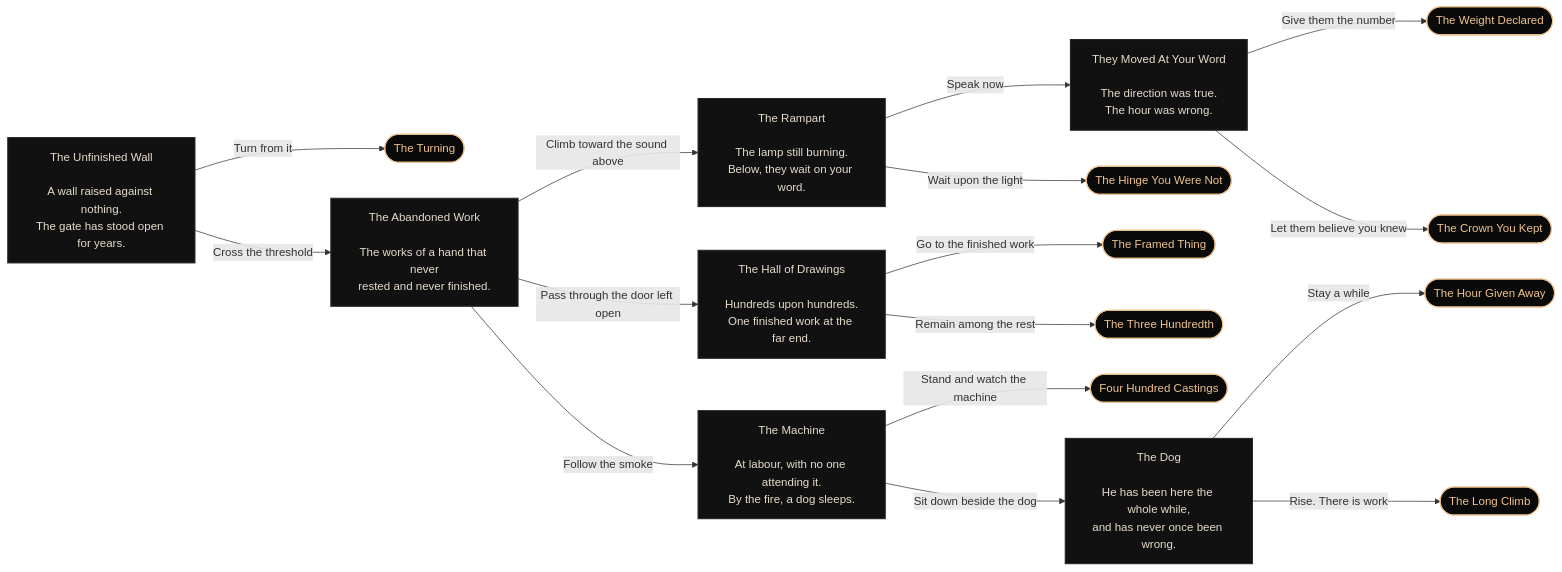
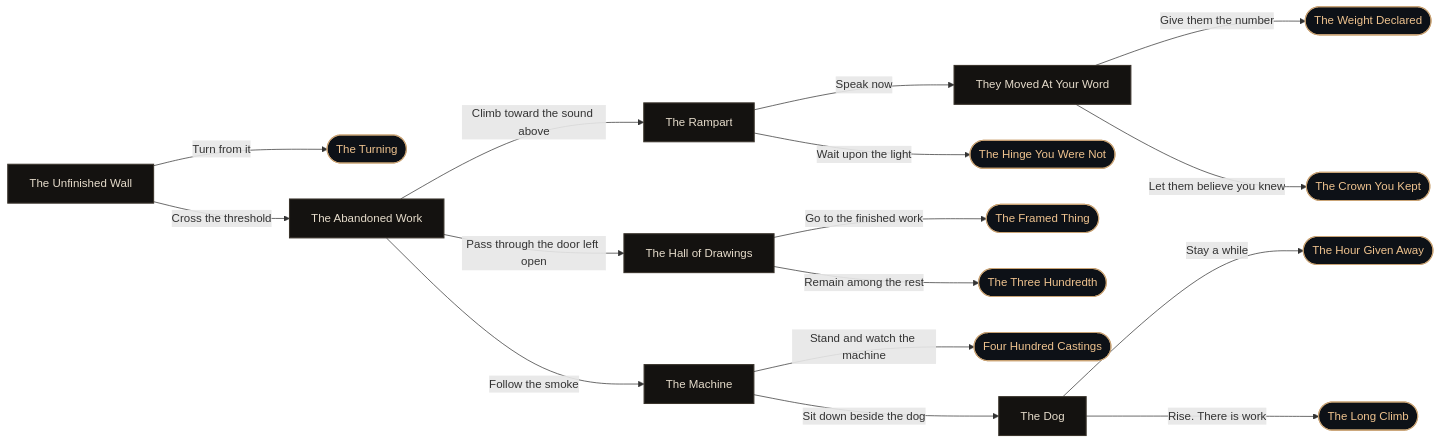
Before and after one commit to King-Makle/King-Makle: the diagram in README.md, drawn with Mermaid. The commit also changed other lines of this file, not shown here.

Commit message:
Retitle the journey section and tighten the chart layout

````diff
--- a/README.md
+++ b/README.md
@@ -84,41 +86,42 @@
 ```mermaid
+%%{init: {"theme":"base","themeVariables":{"fontFamily":"Georgia,'Times New Roman',serif","fontSize":"18px","background":"#0d1117","primaryColor":"#141210","primaryTextColor":"#E6DCCB","primaryBorderColor":"#3A342C","lineColor":"#6E6558","edgeLabelBackground":"#0d1117","tertiaryColor":"#0d1117"},"flowchart":{"curve":"basis","nodeSpacing":10,"rankSpacing":52,"padding":10}}}%%
 flowchart LR
-    S0["The Unfinished Wall<br/><br/>A wall raised against nothing.<br/>The gate has stood open for years."]
-    S1["The Abandoned Work<br/><br/>The works of a hand that never<br/>rested and never finished."]
-    S2["The Rampart<br/><br/>The lamp still burning.<br/>Below, they wait on your word."]
-    S3["They Moved At Your Word<br/><br/>The direction was true.<br/>The hour was wrong."]
-    S4["The Hall of Drawings<br/><br/>Hundreds upon hundreds.<br/>One finished work at the far end."]
-    S5["The Machine<br/><br/>At labour, with no one attending it.<br/>By the fire, a dog sleeps."]
-    S6["The Dog<br/><br/>He has been here the whole while,<br/>and has never once been wrong."]
+    S0["The Unfinished Wall"]
+    S1["The Abandoned Work"]
+    S2["The Rampart"]
+    S3["They Moved At Your Word"]
+    S4["The Hall of Drawings"]
+    S5["The Machine"]
+    S6["The Dog"]
 
     E7(["The Turning"])
     E8(["The Weight Declared"])
     E9(["The Crown You Kept"])
     E10(["The Hinge You Were Not"])
     E11(["The Framed Thing"])
     E12(["The Three Hundredth"])
     E13(["Four Hundred Castings"])
     E14(["The Hour Given Away"])
     E15(["The Long Climb"])
 
     S0 -->|"Turn from it"| E7
     S0 -->|"Cross the threshold"| S1
     S1 -->|"Climb toward the sound above"| S2
     S1 -->|"Pass through the door left open"| S4
     S1 -->|"Follow the smoke"| S5
     S2 -->|"Speak now"| S3
     S2 -->|"Wait upon the light"| E10
     S3 -->|"Give them the number"| E8
     S3 -->|"Let them believe you knew"| E9
     S4 -->|"Go to the finished work"| E11
     S4 -->|"Remain among the rest"| E12
     S5 -->|"Stand and watch the machine"| E13
     S5 -->|"Sit down beside the dog"| S6
     S6 -->|"Stay a while"| E14
     S6 -->|"Rise. There is work"| E15
 
-    classDef scene fill:#111111,stroke:#2A2521,stroke-width:1.5px,color:#E6DCCB
-    classDef ending fill:#0A0A0A,stroke:#EFC38F,stroke-width:1.5px,color:#EFC38F
+    classDef scene fill:#141210,stroke:#3A342C,stroke-width:1.5px,color:#E6DCCB
+    classDef ending fill:#0d1117,stroke:#C9A375,stroke-width:1.5px,color:#EFC38F
     class S0,S1,S2,S3,S4,S5,S6 scene
     class E7,E8,E9,E10,E11,E12,E13,E14,E15 ending
 ```
````
